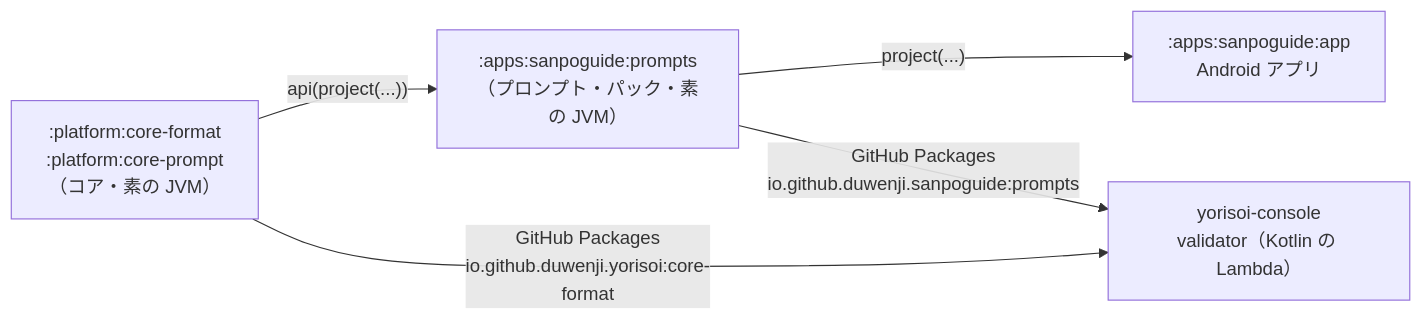
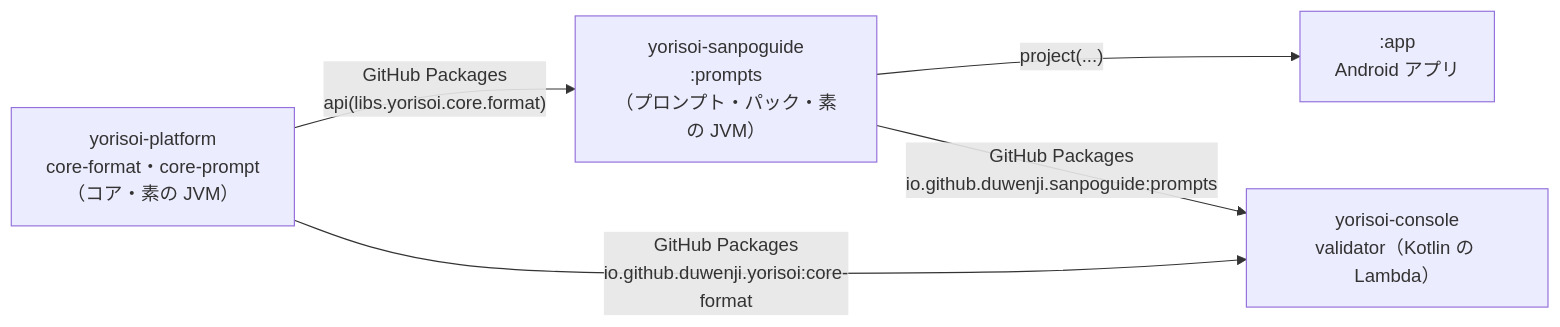
The diagram in 05-station-format/01-jvm-library.md (duwenji/yorisoi-tutorial), drawn with Mermaid before and after one commit. The commit also changed other lines of this file and 47 other files, not shown here.

First line of the commit message:
docs: SanpoGuide のリポジトリの分割（yorisoi-platform・yorisoi-sanpoguide）に追従する

````diff
--- a/05-station-format/01-jvm-library.md
+++ b/05-station-format/01-jvm-library.md
@@ -35,9 +35,9 @@
 ```mermaid
 flowchart LR
-    CORE[":platform:core-format<br/>:platform:core-prompt<br/>（コア・素の JVM）"]
-    PACK[":apps:sanpoguide:prompts<br/>（プロンプト・パック・素の JVM）"]
-    CORE -->|"api(project(...))"| PACK
-    PACK -->|"project(...)"| APP[":apps:sanpoguide:app<br/>Android アプリ"]
+    CORE["yorisoi-platform<br/>core-format・core-prompt<br/>（コア・素の JVM）"]
+    PACK["yorisoi-sanpoguide<br/>:prompts<br/>（プロンプト・パック・素の JVM）"]
+    CORE -->|"GitHub Packages<br/>api(libs.yorisoi.core.format)"| PACK
+    PACK -->|"project(...)"| APP[":app<br/>Android アプリ"]
     CORE -->|"GitHub Packages<br/>io.github.duwenji.yorisoi:core-format"| VAL["yorisoi-console<br/>validator（Kotlin の Lambda）"]
     PACK -->|"GitHub Packages<br/>io.github.duwenji.sanpoguide:prompts"| VAL
 ```
````
